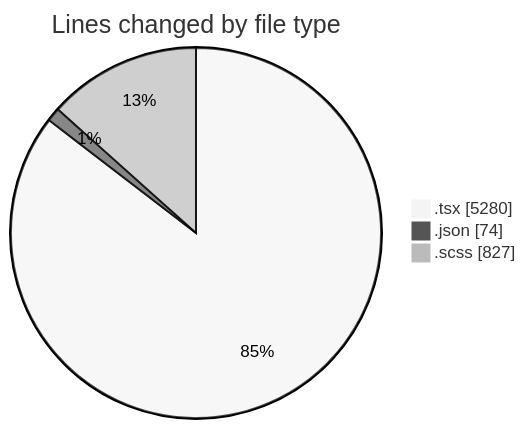
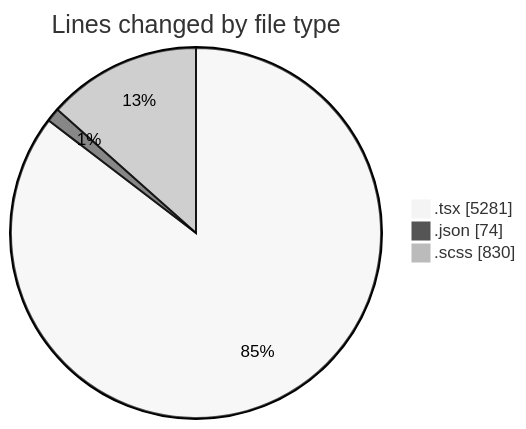
Before and after one commit to momahboobian/code-tracking: the first of 2 diagrams in 2025-04-08/cda/README.md, drawn with Mermaid (neutral theme). The commit also changed other lines of this file and 1 other file, not shown here.

````diff
--- a/2025-04-08/cda/README.md
+++ b/2025-04-08/cda/README.md
@@ -36,7 +36,7 @@
 ```mermaid
 pie showData
 title Lines changed by file type
-".tsx" : 5280
+".tsx" : 5281
 ".json" : 74
-".scss" : 827
+".scss" : 830
 ```
````
